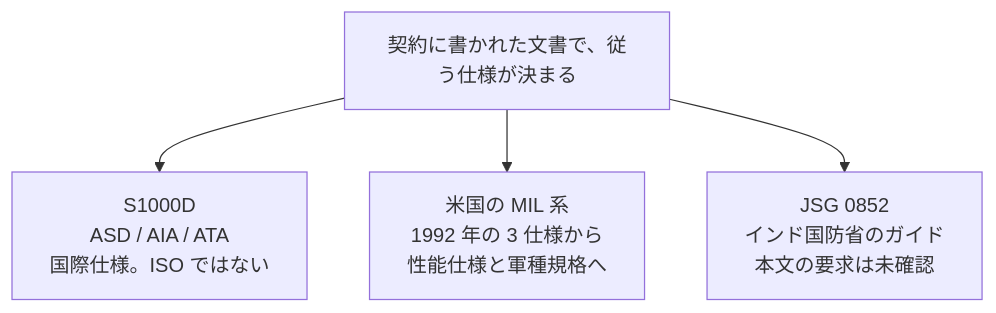
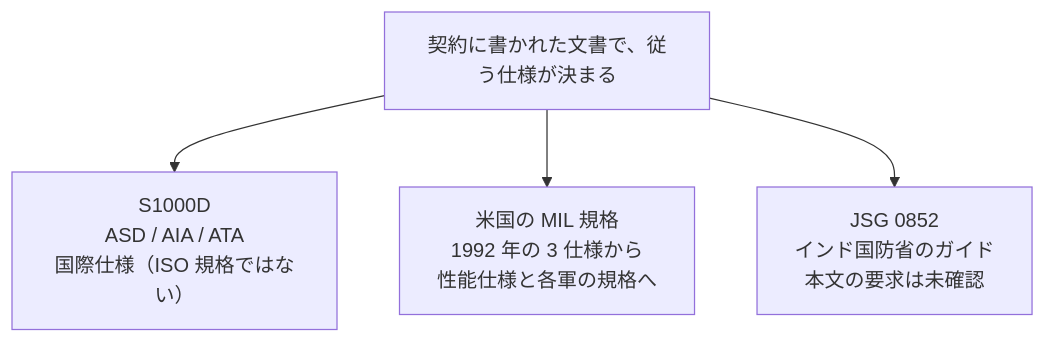
The diagram in books/ietm-overview/standards.md (shuji-bonji/zenn-articles), drawn with Mermaid before and after one commit. The commit also changed other lines of this file, not shown here.

````diff
--- a/books/ietm-overview/standards.md
+++ b/books/ietm-overview/standards.md
@@ -15,7 +9,7 @@
 ```mermaid
 flowchart TB
   Q["契約に書かれた文書で、従う仕様が決まる"]
-  Q --> S["S1000D<br/>ASD / AIA / ATA<br/>国際仕様。ISO ではない"]
-  Q --> U["米国の MIL 系<br/>1992 年の 3 仕様から<br/>性能仕様と軍種規格へ"]
+  Q --> S["S1000D<br/>ASD / AIA / ATA<br/>国際仕様（ISO 規格ではない）"]
+  Q --> U["米国の MIL 規格<br/>1992 年の 3 仕様から<br/>性能仕様と各軍の規格へ"]
   Q --> J["JSG 0852<br/>インド国防省のガイド<br/>本文の要求は未確認"]
 ```
````
